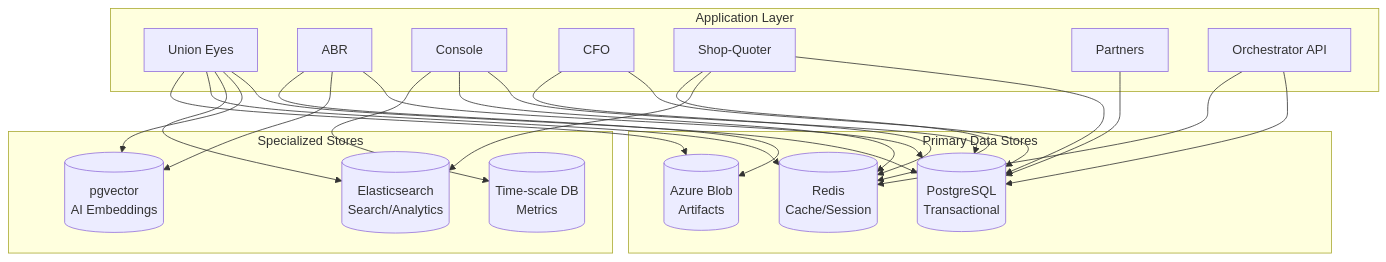
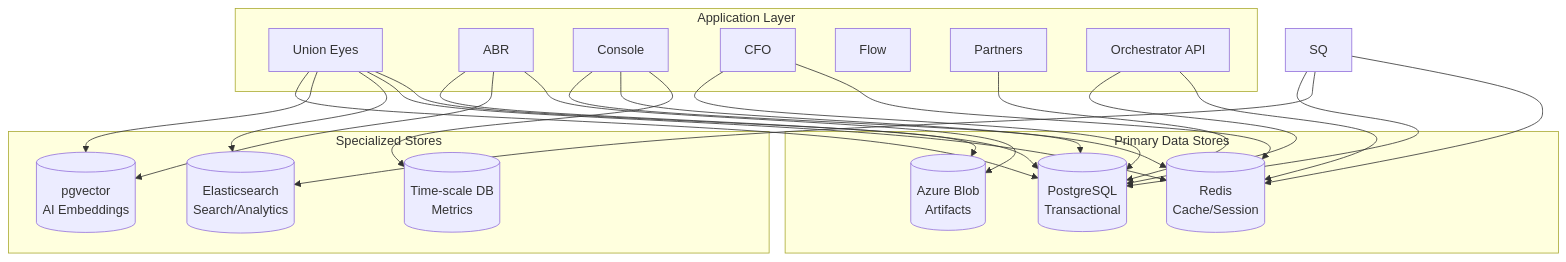
The diagram in docs/architecture/POLYGLOT_PERSISTENCE.md (anungis437/nzila-os), drawn with Mermaid before and after one commit. The commit also changed other lines of this file and 253 other files, not shown here.

First line of the commit message:
chore: remove dead shop-quoter app and package

````diff
--- a/docs/architecture/POLYGLOT_PERSISTENCE.md
+++ b/docs/architecture/POLYGLOT_PERSISTENCE.md
@@ -50,50 +50,50 @@
 ```mermaid
 flowchart TB
     subgraph Primary["Primary Data Stores"]
         PG[("PostgreSQL<br/>Transactional")]
         Redis[("Redis<br/>Cache/Session")]
         Blob[("Azure Blob<br/>Artifacts")]
     end
     
     subgraph Specialized["Specialized Stores"]
         ES[("Elasticsearch<br/>Search/Analytics")]
         Vec[("pgvector<br/>AI Embeddings")]
         TS[("Time-scale DB<br/>Metrics")]
     end
     
     subgraph AppLayer["Application Layer"]
         UE[Union Eyes]
         ABR[ABR]
         CON[Console]
         CFO[CFO]
-        SQ[Shop-Quoter]
+        FL[Flow]
         PART[Partners]
         ORCH[Orchestrator API]
     end
     
     UE --> PG
     UE --> Vec
     UE --> ES
     UE --> Redis
     UE --> Blob
     
     ABR --> PG
     ABR --> Vec
     ABR --> Blob
     
     CON --> PG
     CON --> Redis
     CON --> TS
     
     CFO --> PG
     CFO --> Redis
     
     SQ --> PG
     SQ --> ES
     SQ --> Redis
     
     PART --> PG
     
     ORCH --> PG
     ORCH --> Redis
 ```
````
